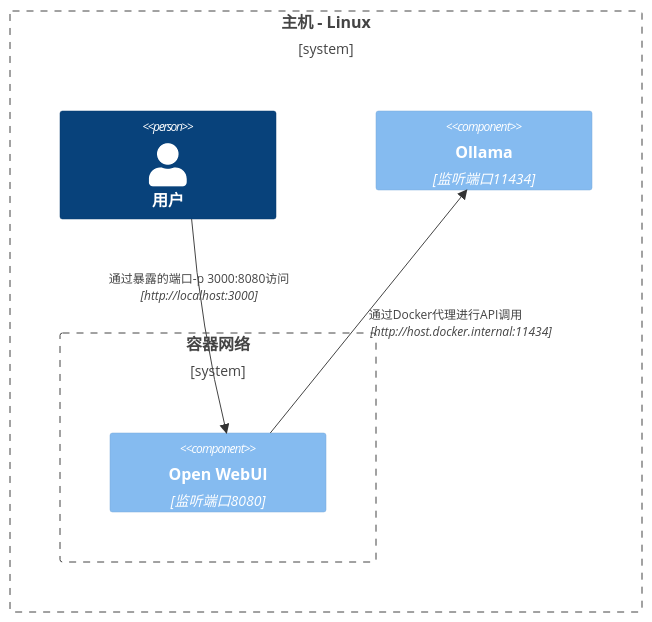
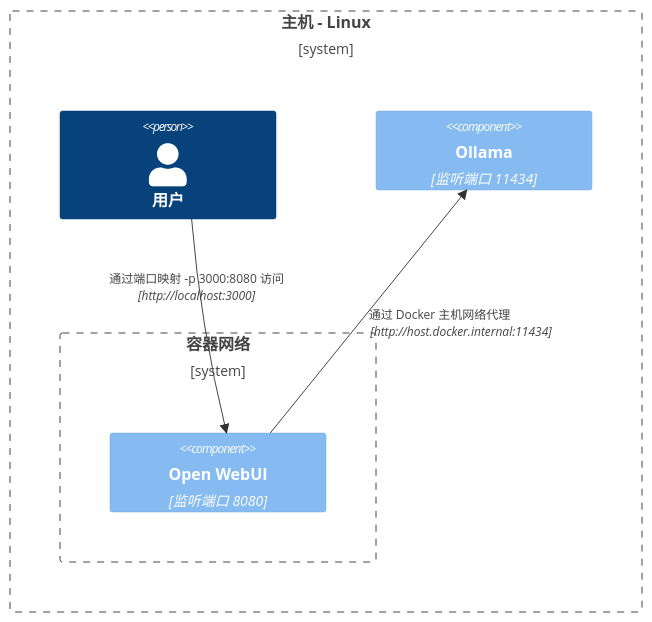
The fifth of 8 diagrams in docs/troubleshooting/network-diagrams.mdx (LazyG9/openwebui-doc-zh), drawn with Mermaid before and after one commit. The commit also changed other lines of this file and 151 other files, not shown here.

````diff
--- a/docs/troubleshooting/network-diagrams.mdx
+++ b/docs/troubleshooting/network-diagrams.mdx
@@ -92,13 +93,13 @@
 ```mermaid
 C4Context
 Boundary(b0, "主机 - Linux") {
    Person(user, "用户")
    Boundary(b1, "容器网络") {
-      Component(openwebui, "Open WebUI", "监听端口8080")
+      Component(openwebui, "Open WebUI", "监听端口 8080")
    }
-   Component(ollama, "Ollama", "监听端口11434")
+   Component(ollama, "Ollama", "监听端口 11434")
 }
-Rel(openwebui, ollama, "通过Docker代理进行API调用", "http://host.docker.internal:11434")
-Rel(user, openwebui, "通过暴露的端口-p 3000:8080访问", "http://localhost:3000")
+Rel(openwebui, ollama, "通过 Docker 主机网络代理", "http://host.docker.internal:11434")
+Rel(user, openwebui, "通过端口映射 -p 3000:8080 访问", "http://localhost:3000")
 UpdateRelStyle(user, openwebui, $offsetX="-100", $offsetY="-50")
 ```
````
